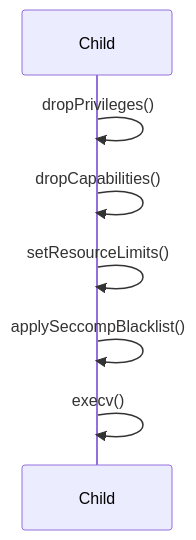
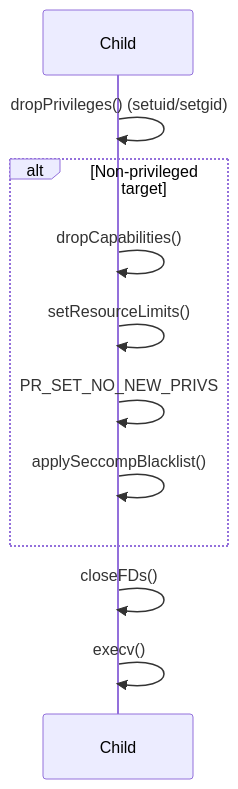
One commit to Veridian-Zenith/Voix changed the diagram in docs/SECCOMP.md. Above: the diagram before and after it, drawn with Mermaid. The commit also changed other lines of this file and 3 other files, not shown here.

````diff
--- a/docs/SECCOMP.md
+++ b/docs/SECCOMP.md
@@ -23,9 +23,13 @@
 ```mermaid
 sequenceDiagram
     participant Child
-    Child->>Child: dropPrivileges()
-    Child->>Child: dropCapabilities()
-    Child->>Child: setResourceLimits()
-    Child->>Child: applySeccompBlacklist()
+    Child->>Child: dropPrivileges() (setuid/setgid)
+    alt Non-privileged target
+        Child->>Child: dropCapabilities()
+        Child->>Child: setResourceLimits()
+        Child->>Child: PR_SET_NO_NEW_PRIVS
+        Child->>Child: applySeccompBlacklist()
+    end
+    Child->>Child: closeFDs()
     Child->>Child: execv()
 ```
````
